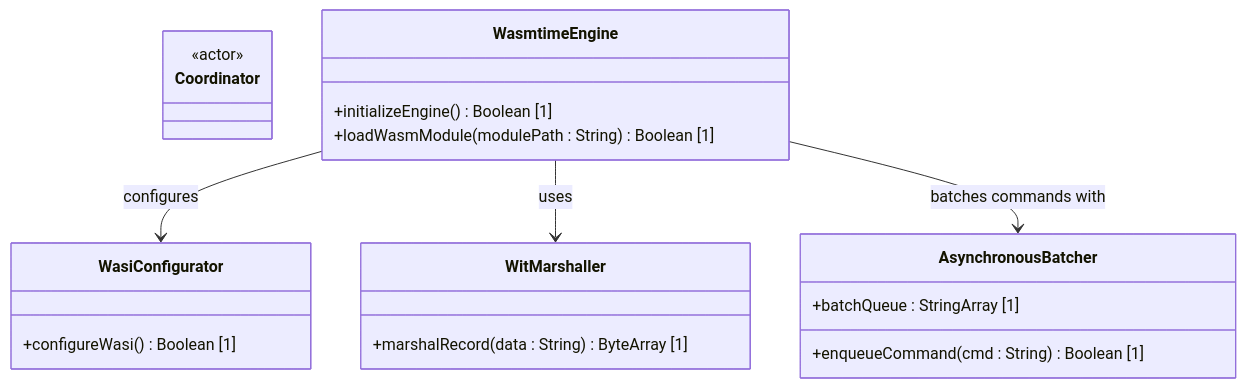
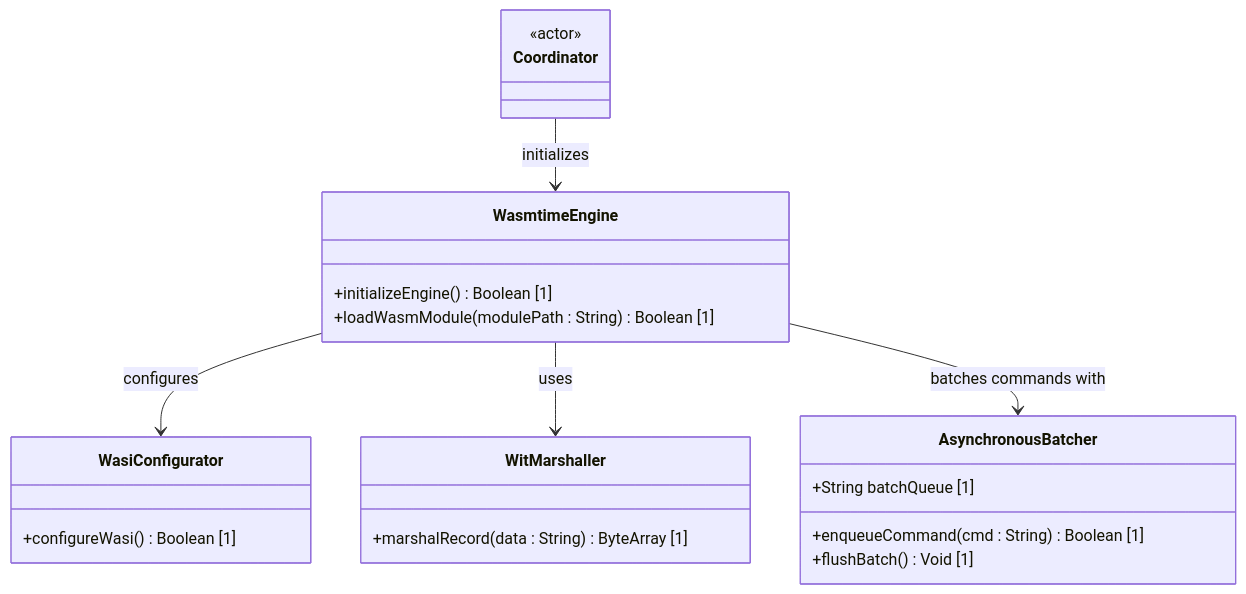
The diagram in docs/features/feat-50-wasm-extensibility.md (gintatkinson/3dgs-phoenix), drawn with Mermaid before and after one commit. The commit also changed 6 other files, not shown here.

Commit message:
docs: resolve UML compliance violations for features 45-50

````diff
--- a/docs/features/feat-50-wasm-extensibility.md
+++ b/docs/features/feat-50-wasm-extensibility.md
@@ -19,24 +19,26 @@
 ```mermaid
 classDiagram
     class Coordinator {
         <<actor>>
     }
     class WasmtimeEngine {
         +initializeEngine() Boolean [1]
         +loadWasmModule(modulePath : String) Boolean [1]
     }
     class WasiConfigurator {
         +configureWasi() Boolean [1]
     }
     class WitMarshaller {
         +marshalRecord(data : String) ByteArray [1]
     }
     class AsynchronousBatcher {
-        +batchQueue : StringArray [1]
+        +String batchQueue [1]
         +enqueueCommand(cmd : String) Boolean [1]
+        +flushBatch() Void [1]
     }
 
+    Coordinator --> WasmtimeEngine : initializes
     WasmtimeEngine --> WasiConfigurator : configures
     WasmtimeEngine --> WitMarshaller : uses
     WasmtimeEngine --> AsynchronousBatcher : batches commands with
 ```
````
